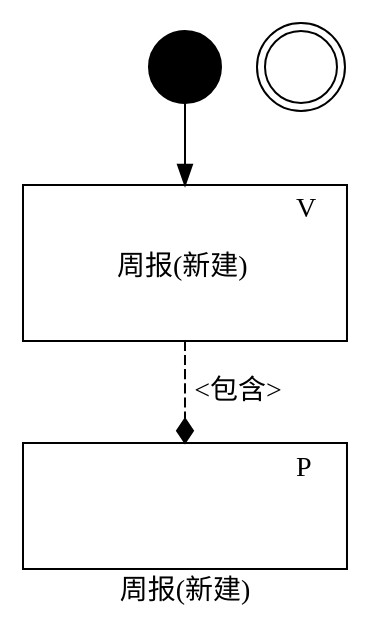
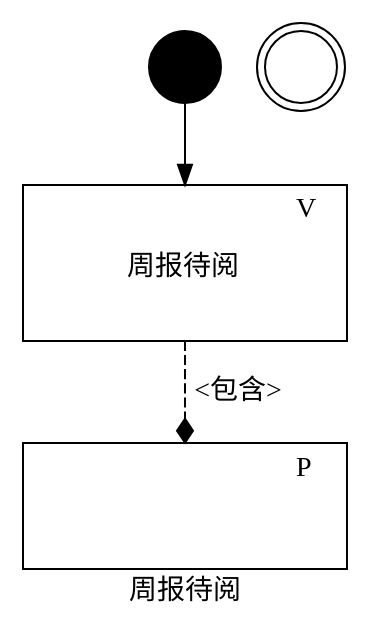
One commit to zj335841911/nt_chandao changed the diagram in ibizpms-docs/src/main/doc/v1/app/mob/func/IbzWeeklyMobEditView.md. Above: the diagram before and after it, drawn with PlantUML. The commit also changed other lines of this file and 34 other files, not shown here.

```diff
--- a/ibizpms-docs/src/main/doc/v1/app/mob/func/IbzWeeklyMobEditView.md
+++ b/ibizpms-docs/src/main/doc/v1/app/mob/func/IbzWeeklyMobEditView.md
@@ -5,42 +5,42 @@
 {% plantuml %}
 
 digraph IbzWeeklyMobEditView {
 
-label="周报(新建)";    
+label="周报待阅";    
 
 #rankdir=LR;
 
 start [shape=circle,size="1,1",label="",style=filled, fillcolor=black]
 end [shape=doublecircle,label=""]
 
 own [shape=none, margin=0,size="6,6", label=<
 <TABLE WIDTH="150" BORDER="1" CELLBORDER="1" >
 <TR>
 <TD WIDTH="115" BORDER="0" COLSPAN="3"></TD><TD WIDTH="35" BORDER="0">V</TD>
 </TR>
 <TR>
-<TD BORDER="0" COLSPAN="4" CELLPADDING="10">周报(新建)<BR/><BR/></TD>
+<TD BORDER="0" COLSPAN="4" CELLPADDING="10">周报待阅<BR/><BR/></TD>
 </TR>
 </TABLE>
 >];
 
 part [shape=none, margin=0, label=<
 <TABLE WIDTH="150" BORDER="1" CELLBORDER="1" >
 <TR>
 <TD WIDTH="115" BORDER="0" COLSPAN="3"></TD><TD WIDTH="35" BORDER="0">P</TD> 
 </TR>
 <TR>
 <TD BORDER="0" COLSPAN="4" CELLPADDING="10">
 <BR/></TD>
 </TR>
 </TABLE>
 >];
 
 
 start -> own ;
 own -> part [style=dashed,arrowhead=diamond,label="<包含>"] ;
 
 
 }
 
 {% endplantuml %}
```
